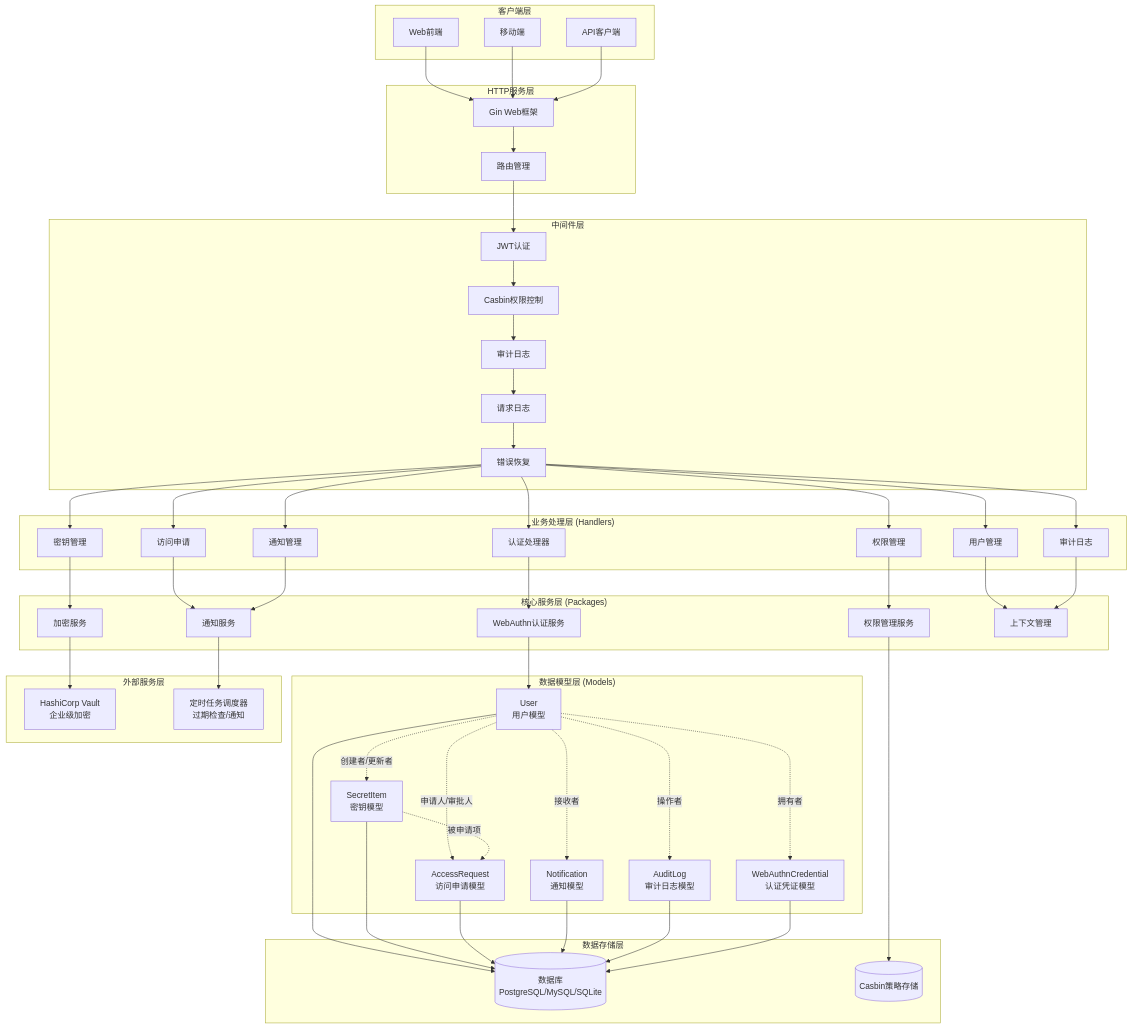
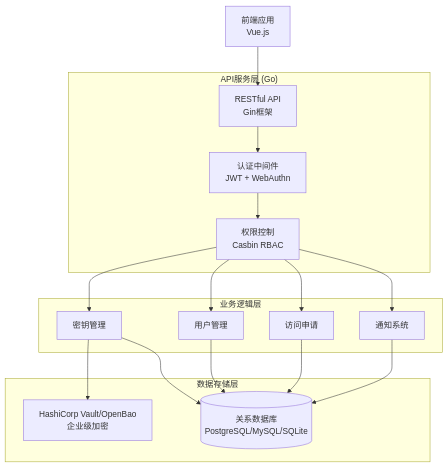
Before and after one commit to akinoccc/hysaif: the diagram in README.md, drawn with Mermaid. The commit also changed other lines of this file, not shown here.

Commit message:
docs: update README to reflect new architecture and component structure, enhancing clarity on API services and business logic layers

````diff
--- a/README.md
+++ b/README.md
@@ -47,114 +47,41 @@
 ```mermaid
 graph TB
     %% 客户端层
-    subgraph "客户端层"
-        Web[Web前端]
-        Mobile[移动端]
-        API_Client[API客户端]
+    Client[前端应用<br/>Vue.js]
+    
+    %% API服务层
+    subgraph "API服务层 (Go)"
+        API[RESTful API<br/>Gin框架]
+        Auth[认证中间件<br/>JWT + WebAuthn]
+        RBAC[权限控制<br/>Casbin RBAC]
     end
-
-    %% HTTP层
-    subgraph "HTTP服务层"
-        Gin[Gin Web框架]
-        Router[路由管理]
+    
+    %% 业务逻辑层
+    subgraph "业务逻辑层"
+        SecretMgr[密钥管理]
+        UserMgr[用户管理]
+        RequestMgr[访问申请]
+        NotifyMgr[通知系统]
     end
-
-    %% 中间件层
-    subgraph "中间件层"
-        Auth[JWT认证]
-        RBAC[Casbin权限控制]
-        Audit[审计日志]
-        Logger[请求日志]
-        Recovery[错误恢复]
+    
+    %% 数据层
+    subgraph "数据存储层"
+        DB[(关系数据库<br/>PostgreSQL/MySQL/SQLite)]
+        Vault[HashiCorp Vault/OpenBao<br/>企业级加密]
     end
-
-    %% 业务处理层
-    subgraph "业务处理层 (Handlers)"
-        AuthHandler[认证处理器]
-        UserHandler[用户管理]
-        SecretHandler[密钥管理]
-        RequestHandler[访问申请]
-        NotifyHandler[通知管理]
-        PermissionHandler[权限管理]
-        AuditHandler[审计日志]
-    end
-
-    %% 核心服务层
-    subgraph "核心服务层 (Packages)"
-        WebAuthn[WebAuthn认证服务]
-        CryptoSvc[加密服务]
-        NotificationSvc[通知服务]
-        PermissionSvc[权限管理服务]
-        Context[上下文管理]
-    end
-
-    %% 数据模型层
-    subgraph "数据模型层 (Models)"
-        UserModel[User<br/>用户模型]
-        SecretModel[SecretItem<br/>密钥模型]
-        RequestModel[AccessRequest<br/>访问申请模型]
-        NotificationModel[Notification<br/>通知模型]
-        AuditModel[AuditLog<br/>审计日志模型]
-        CredentialModel[WebAuthnCredential<br/>认证凭证模型]
-    end
-
-    %% 外部服务层
-    subgraph "外部服务层"
-        Vault[HashiCorp Vault<br/>企业级加密]
-        Scheduler[定时任务调度器<br/>过期检查/通知]
-    end
-
-    %% 数据存储层
-    subgraph "数据存储层"
-        DB[(数据库<br/>PostgreSQL/MySQL/SQLite)]
-        CasbinDB[(Casbin策略存储)]
-    end
-
+    
     %% 连接关系
-    Web --> Gin
-    Mobile --> Gin
-    API_Client --> Gin
+    Client --> API
+    API --> Auth
+    Auth --> RBAC
+    RBAC --> SecretMgr
+    RBAC --> UserMgr
+    RBAC --> RequestMgr
+    RBAC --> NotifyMgr
     
-    Gin --> Router
-    Router --> Auth
-    Auth --> RBAC
-    RBAC --> Audit
-    Audit --> Logger
-    Logger --> Recovery
-    
-    Recovery --> AuthHandler
-    Recovery --> UserHandler
-    Recovery --> SecretHandler
-    Recovery --> RequestHandler
-    Recovery --> NotifyHandler
-    Recovery --> PermissionHandler
-    Recovery --> AuditHandler
-    
-    AuthHandler --> WebAuthn
-    UserHandler --> Context
-    SecretHandler --> CryptoSvc
-    RequestHandler --> NotificationSvc
-    NotifyHandler --> NotificationSvc
-    PermissionHandler --> PermissionSvc
-    AuditHandler --> Context
-    
-    WebAuthn --> UserModel
-    CryptoSvc --> Vault
-    NotificationSvc --> Scheduler
-    PermissionSvc --> CasbinDB
-    
-    UserModel --> DB
-    SecretModel --> DB
-    RequestModel --> DB
-    NotificationModel --> DB
-    AuditModel --> DB
-    CredentialModel --> DB
-    
-    %% 数据模型关系
-    UserModel -.->|创建者/更新者| SecretModel
-    UserModel -.->|申请人/审批人| RequestModel
-    UserModel -.->|接收者| NotificationModel
-    UserModel -.->|操作者| AuditModel
-    UserModel -.->|拥有者| CredentialModel
-    SecretModel -.->|被申请项| RequestModel
+    SecretMgr --> Vault
+    SecretMgr --> DB
+    UserMgr --> DB
+    RequestMgr --> DB
+    NotifyMgr --> DB
 ```
````
